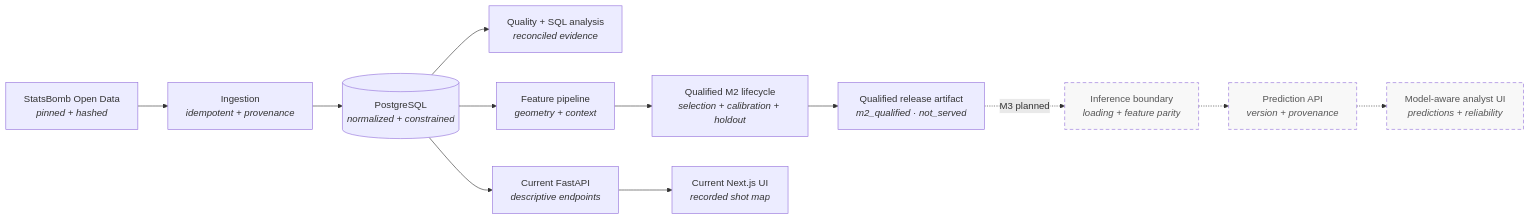
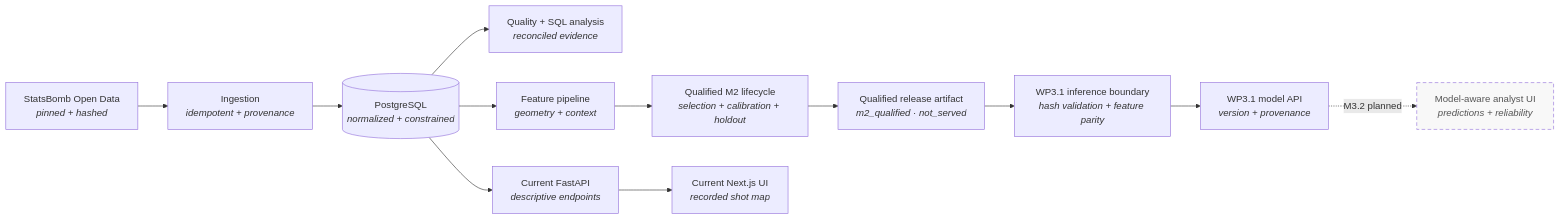
One commit to utkuvibing/touchline-intelligence changed the diagram in README.md. Above: the diagram before and after it, drawn with Mermaid. The commit also changed other lines of this file and 27 other files, not shown here.

````diff
--- a/README.md
+++ b/README.md
@@ -150,20 +151,20 @@
 ```mermaid
 flowchart LR
     SB["StatsBomb Open Data<br/><i>pinned + hashed</i>"] --> ING["Ingestion<br/><i>idempotent + provenance</i>"]
     ING --> PG[("PostgreSQL<br/><i>normalized + constrained</i>")]
 
     PG --> QA["Quality + SQL analysis<br/><i>reconciled evidence</i>"]
     PG --> FEAT["Feature pipeline<br/><i>geometry + context</i>"]
     FEAT --> LIFE["Qualified M2 lifecycle<br/><i>selection + calibration + holdout</i>"]
     LIFE --> ART["Qualified release artifact<br/><i>m2_qualified · not_served</i>"]
 
     PG --> API["Current FastAPI<br/><i>descriptive endpoints</i>"]
     API --> WEB["Current Next.js UI<br/><i>recorded shot map</i>"]
 
-    ART -.->|M3 planned| INF["Inference boundary<br/><i>loading + feature parity</i>"]
-    INF -.-> PAPI["Prediction API<br/><i>version + provenance</i>"]
-    PAPI -.-> MWEB["Model-aware analyst UI<br/><i>predictions + reliability</i>"]
+    ART --> INF["WP3.1 inference boundary<br/><i>hash validation + feature parity</i>"]
+    INF --> PAPI["WP3.1 model API<br/><i>version + provenance</i>"]
+    PAPI -.->|M3.2 planned| MWEB["Model-aware analyst UI<br/><i>predictions + reliability</i>"]
 
     classDef planned stroke-dasharray: 6 4,fill:#f8f8f8,color:#555;
-    class INF,PAPI,MWEB planned;
+    class MWEB planned;
 ```
````
